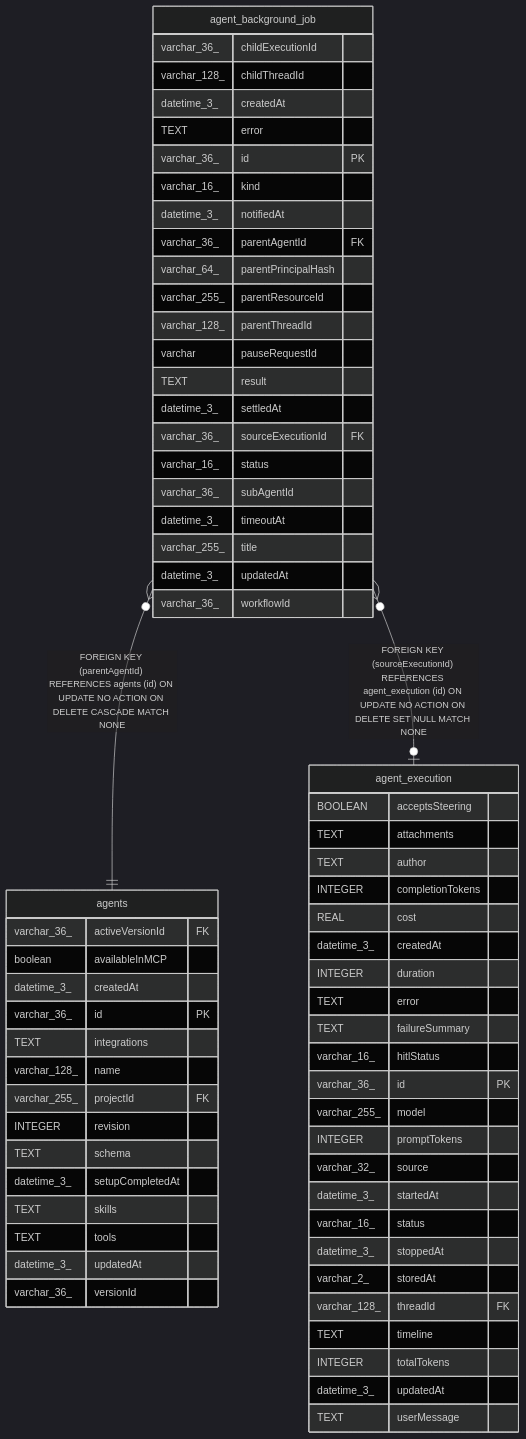
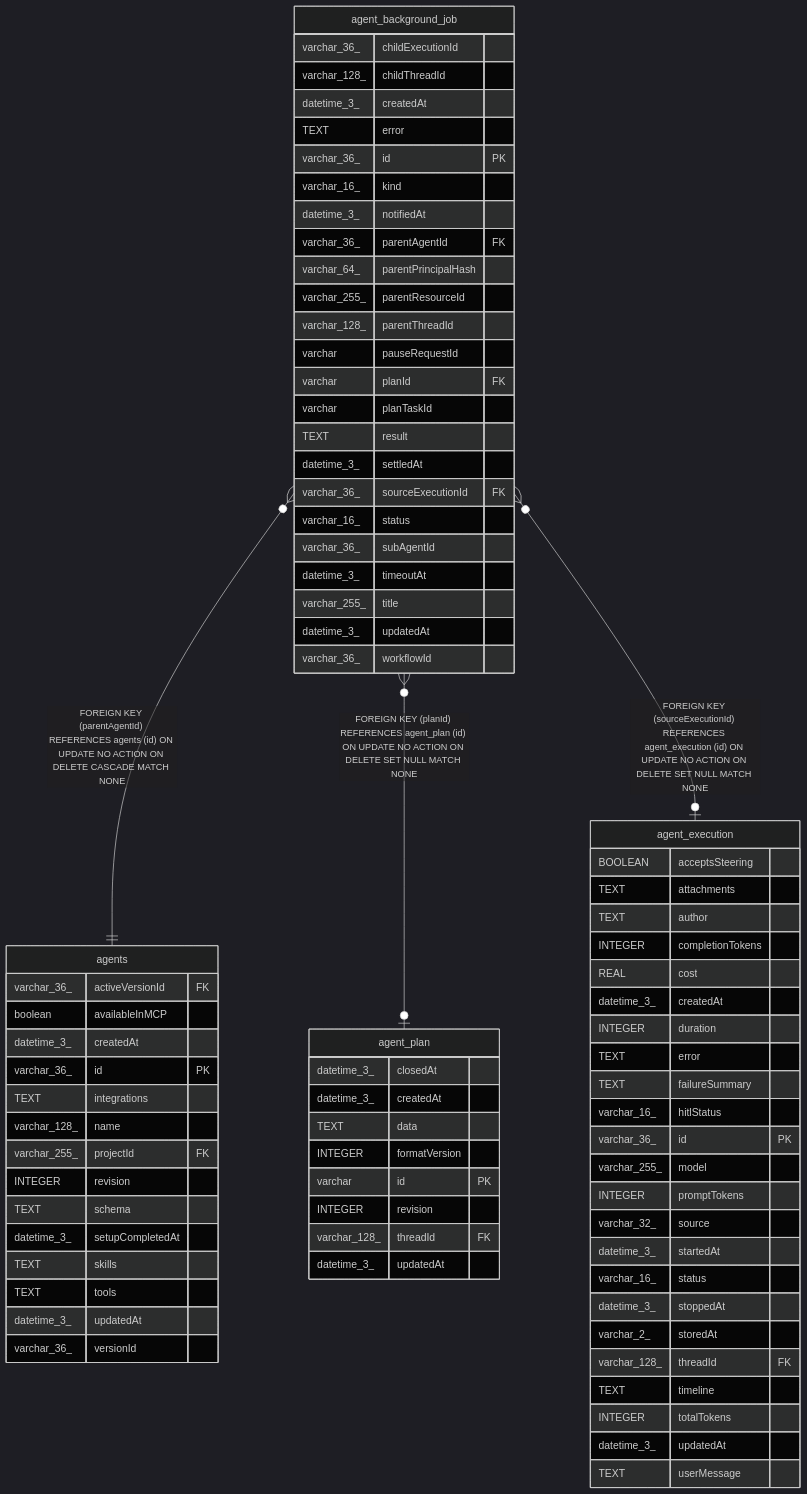
One commit to Dhananjayrbiraris/n8n changed the diagram in docs/generated/sqlite-schema/agent_background_job.md. Above: the diagram before and after it, drawn with Mermaid (dark theme). The commit also changed other lines of this file and 41 other files, not shown here.

```diff
--- a/docs/generated/sqlite-schema/agent_background_job.md
+++ b/docs/generated/sqlite-schema/agent_background_job.md
@@ -66,6 +70,7 @@
 erDiagram
 
 "agent_background_job" }o--|| "agents" : "FOREIGN KEY (parentAgentId) REFERENCES agents (id) ON UPDATE NO ACTION ON DELETE CASCADE MATCH NONE"
+"agent_background_job" }o--o| "agent_plan" : "FOREIGN KEY (planId) REFERENCES agent_plan (id) ON UPDATE NO ACTION ON DELETE SET NULL MATCH NONE"
 "agent_background_job" }o--o| "agent_execution" : "FOREIGN KEY (sourceExecutionId) REFERENCES agent_execution (id) ON UPDATE NO ACTION ON DELETE SET NULL MATCH NONE"
 
 "agent_background_job" {
@@ -81,6 +86,8 @@
   varchar_255_ parentResourceId
   varchar_128_ parentThreadId
   varchar pauseRequestId
+  varchar planId FK
+  varchar planTaskId
   TEXT result
   datetime_3_ settledAt
   varchar_36_ sourceExecutionId FK
@@ -106,6 +113,16 @@
   TEXT tools
   datetime_3_ updatedAt
   varchar_36_ versionId
+}
+"agent_plan" {
+  datetime_3_ closedAt
+  datetime_3_ createdAt
+  TEXT data
+  INTEGER formatVersion
+  varchar id PK
+  INTEGER revision
+  varchar_128_ threadId FK
+  datetime_3_ updatedAt
 }
 "agent_execution" {
   BOOLEAN acceptsSteering
```
